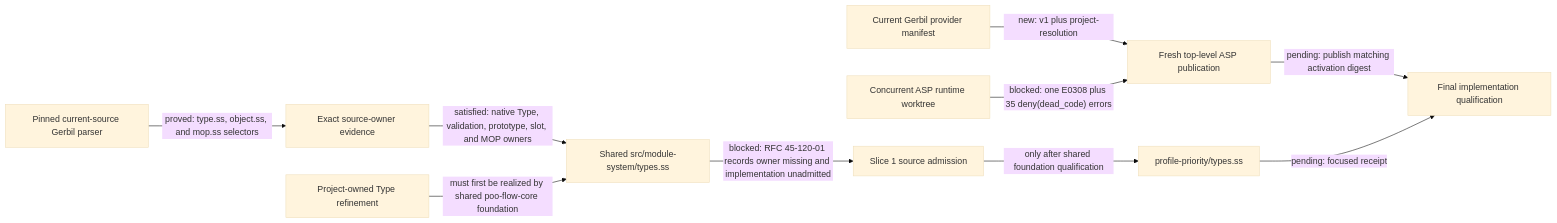
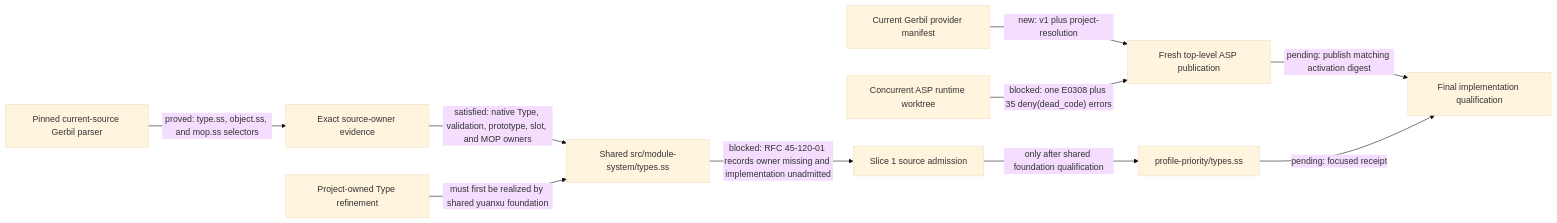
One commit to tao3k/gebril-yuanxu changed the fifth of 6 diagrams in module-system/design/45-120-48-profile-priority-value-and-contract-refinement.org. Above: the diagram before and after it, drawn with Mermaid (base theme). The commit also changed other lines of this file and 114 other files, not shown here.

Commit message:
Align Yuanxu type ownership and partition complete CI qualification

```diff
--- a/module-system/design/45-120-48-profile-priority-value-and-contract-refinement.org
+++ b/module-system/design/45-120-48-profile-priority-value-and-contract-refinement.org
@@ -533,12 +533,12 @@
 #+begin_src mermaid
 flowchart LR
   Manifest["Current Gerbil provider manifest"] -->|"new: v1 plus project-resolution"| FreshAsp["Fresh top-level ASP publication"]
   Runtime["Concurrent ASP runtime worktree"] -->|"blocked: one E0308 plus 35 deny(dead_code) errors"| FreshAsp
   FreshAsp -->|"pending: publish matching activation digest"| Qualification["Final implementation qualification"]
   Pinned["Pinned current-source Gerbil parser"] -->|"proved: type.ss, object.ss, and mop.ss selectors"| Owners["Exact source-owner evidence"]
   Owners -->|"satisfied: native Type, validation, prototype, slot, and MOP owners"| Foundation["Shared src/module-system/types.ss"]
   Foundation -->|"blocked: RFC 45-120-01 records owner missing and implementation unadmitted"| Slice1["Slice 1 source admission"]
-  Contract["Project-owned Type refinement"] -->|"must first be realized by shared poo-flow-core foundation"| Foundation
+  Contract["Project-owned Type refinement"] -->|"must first be realized by shared yuanxu foundation"| Foundation
   Slice1 -->|"only after shared foundation qualification"| Types["profile-priority/types.ss"]
   Types -->|"pending: focused receipt"| Qualification
 #+end_src
```
